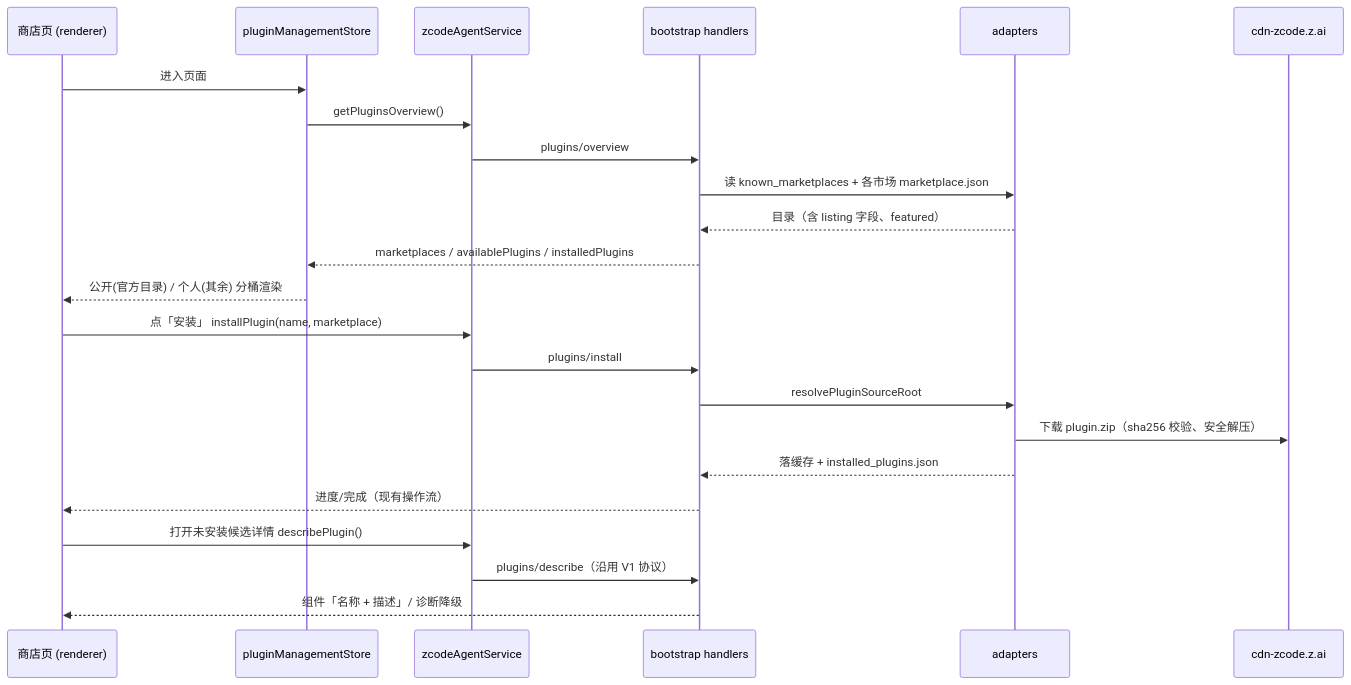
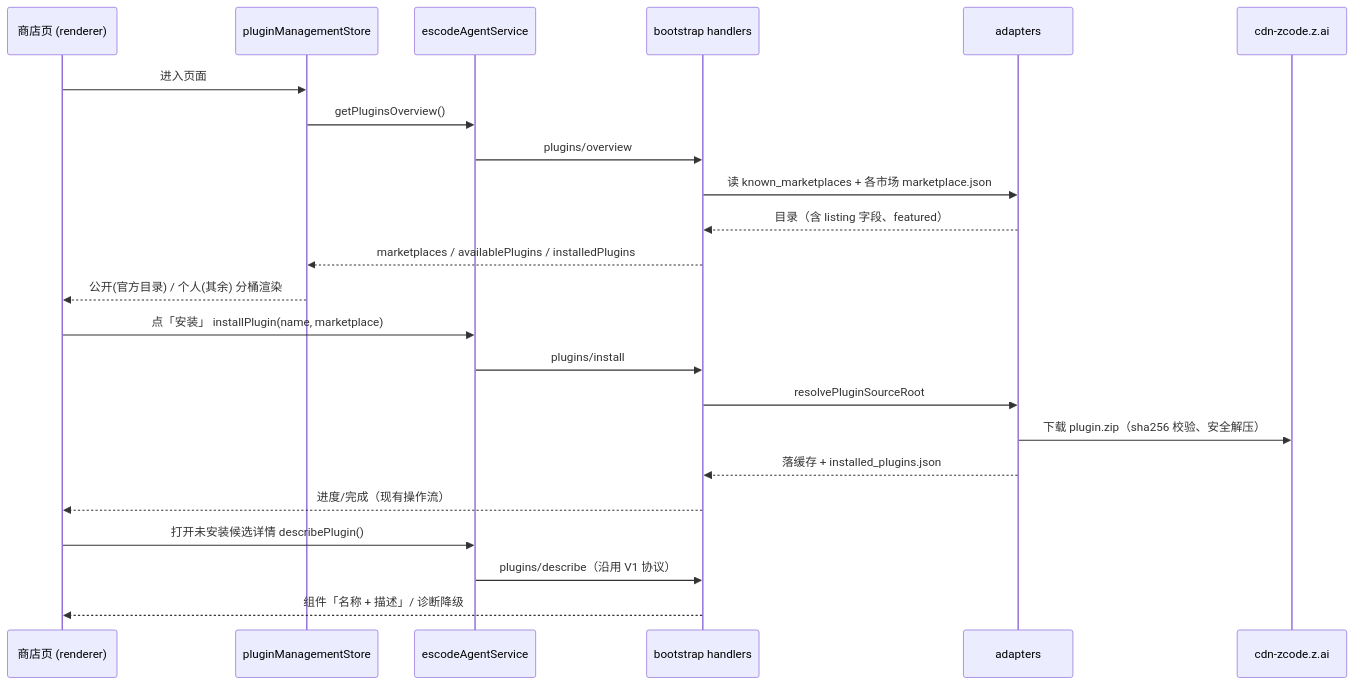
The second of 2 diagrams in docs/plugin-marketplace-ui-ux.md (sekfung/ESCode), drawn with Mermaid before and after one commit. The commit also changed other lines of this file and 14315 other files, not shown here.

````diff
--- a/docs/plugin-marketplace-ui-ux.md
+++ b/docs/plugin-marketplace-ui-ux.md
@@ -375,28 +375,28 @@
 ```mermaid
 sequenceDiagram
     participant UI as 商店页 (renderer)
     participant Store as pluginManagementStore
-    participant Svc as zcodeAgentService
+    participant Svc as escodeAgentService
     participant Boot as bootstrap handlers
     participant Ad as adapters
     participant CDN as cdn-zcode.z.ai
 
     UI->>Store: 进入页面
     Store->>Svc: getPluginsOverview()
     Svc->>Boot: plugins/overview
     Boot->>Ad: 读 known_marketplaces + 各市场 marketplace.json
     Ad-->>Boot: 目录（含 listing 字段、featured）
     Boot-->>Store: marketplaces / availablePlugins / installedPlugins
     Store-->>UI: 公开(官方目录) / 个人(其余) 分桶渲染
 
     UI->>Svc: 点「安装」 installPlugin(name, marketplace)
     Svc->>Boot: plugins/install
     Boot->>Ad: resolvePluginSourceRoot
     Ad->>CDN: 下载 plugin.zip（sha256 校验、安全解压）
     Ad-->>Boot: 落缓存 + installed_plugins.json
     Boot-->>UI: 进度/完成（现有操作流）
 
     UI->>Svc: 打开未安装候选详情 describePlugin()
     Svc->>Boot: plugins/describe（沿用 V1 协议）
     Boot-->>UI: 组件「名称 + 描述」/ 诊断降级
 ```
````
